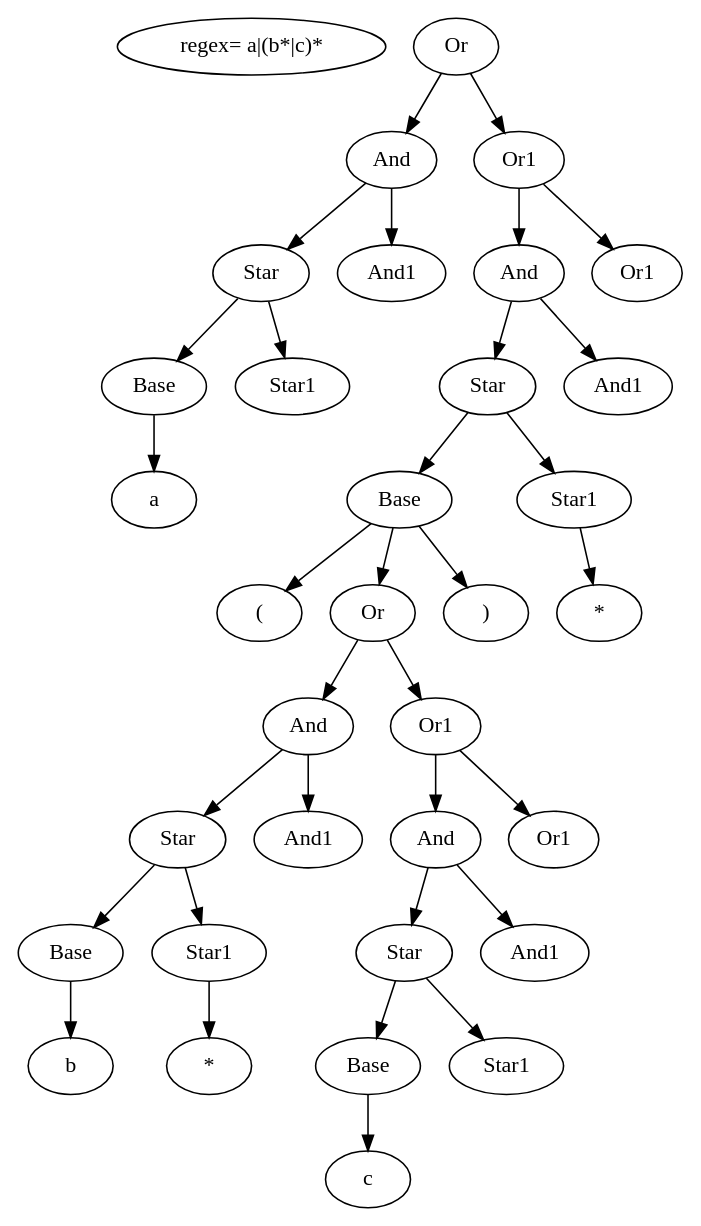
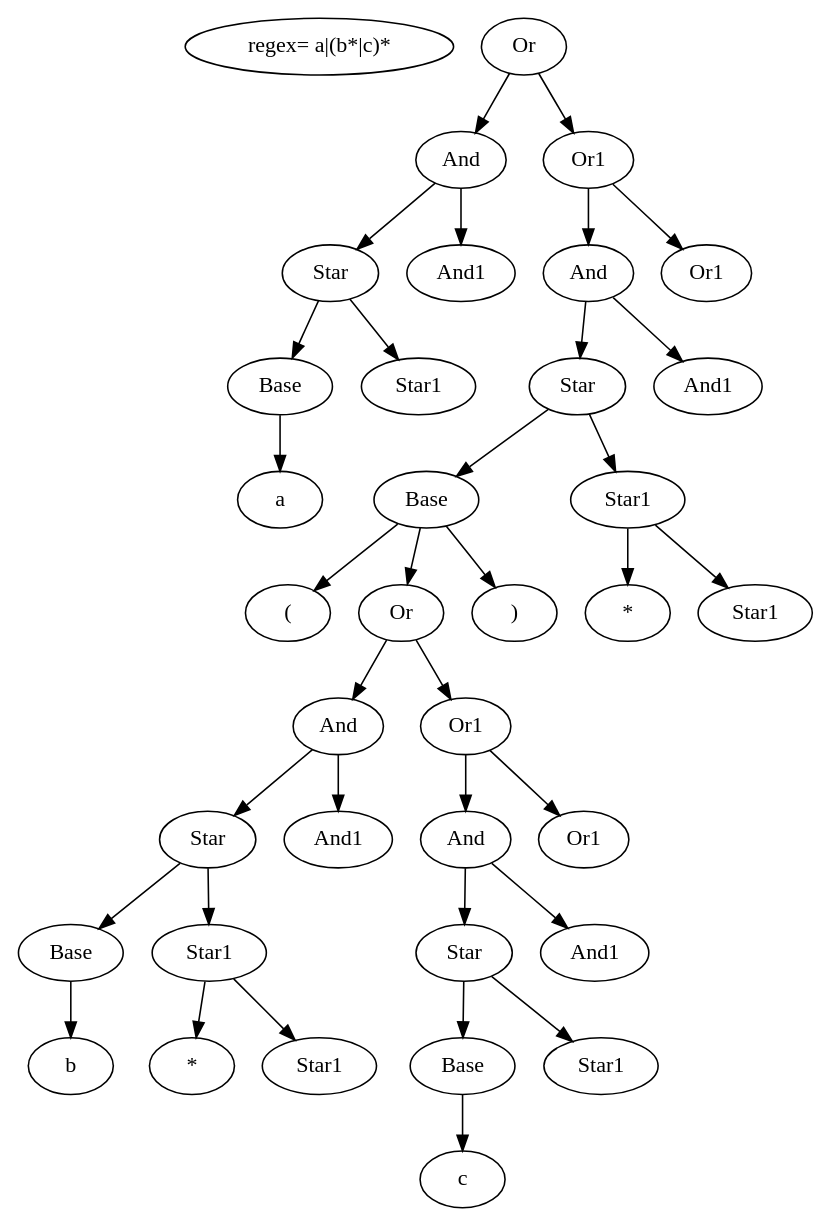
Before and after one commit to mokaruuns/education_itmo: the diagram in parsing/recursive-parsing/dot/graph-1824369757.gv, drawn with Graphviz. The commit also changed 15 other files, not shown here.

```diff
--- a/parsing/recursive-parsing/dot/graph-1824369757.gv
+++ b/parsing/recursive-parsing/dot/graph-1824369757.gv
@@ -1,68 +1,72 @@
 digraph G {
 E [label="regex= a|(b*|c)*"];
 0 [label="Or"];
 1 [label="And"];
 2 [label="Star"];
 3 [label="Base"];
 4 [label="a"];
 6 [label="Star1"];
 8 [label="And1"];
 10 [label="Or1"];
 11 [label="And"];
 12 [label="Star"];
 13 [label="Base"];
 14 [label="("];
 16 [label="Or"];
 17 [label="And"];
 18 [label="Star"];
 19 [label="Base"];
 20 [label="b"];
 22 [label="Star1"];
 23 [label="*"];
-25 [label="And1"];
-27 [label="Or1"];
-28 [label="And"];
-29 [label="Star"];
-30 [label="Base"];
-31 [label="c"];
-33 [label="Star1"];
-35 [label="And1"];
-37 [label="Or1"];
-40 [label=")"];
-42 [label="Star1"];
-43 [label="*"];
-45 [label="And1"];
-47 [label="Or1"];
+25 [label="Star1"];
+27 [label="And1"];
+29 [label="Or1"];
+30 [label="And"];
+31 [label="Star"];
+32 [label="Base"];
+33 [label="c"];
+35 [label="Star1"];
+37 [label="And1"];
+39 [label="Or1"];
+42 [label=")"];
+44 [label="Star1"];
+45 [label="*"];
+47 [label="Star1"];
+49 [label="And1"];
+51 [label="Or1"];
 0 -> 1;
 0 -> 10;
 1 -> 2;
 1 -> 8;
 2 -> 3;
 2 -> 6;
 3 -> 4;
+10 -> 51;
 10 -> 11;
-10 -> 47;
+11 -> 49;
 11 -> 12;
-11 -> 45;
-12 -> 42;
+12 -> 44;
 12 -> 13;
 13 -> 16;
-13 -> 40;
+13 -> 42;
 13 -> 14;
 16 -> 17;
-16 -> 27;
+16 -> 29;
 17 -> 18;
-17 -> 25;
+17 -> 27;
 18 -> 19;
 18 -> 22;
 19 -> 20;
 22 -> 23;
-27 -> 37;
-27 -> 28;
-28 -> 35;
-28 -> 29;
-29 -> 33;
+22 -> 25;
+29 -> 39;
 29 -> 30;
+30 -> 37;
 30 -> 31;
-42 -> 43;
+31 -> 32;
+31 -> 35;
+32 -> 33;
+44 -> 45;
+44 -> 47;
 }
```
